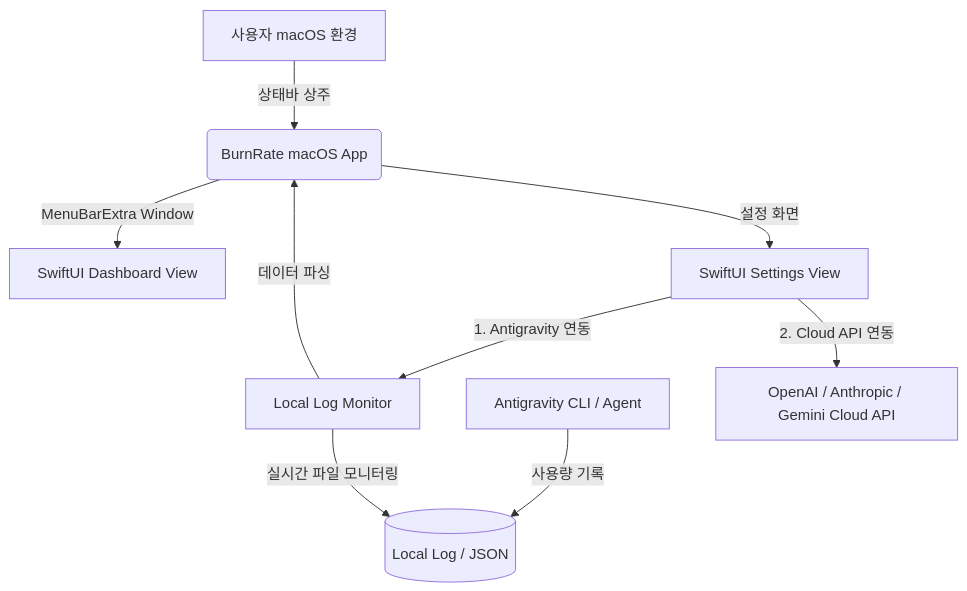
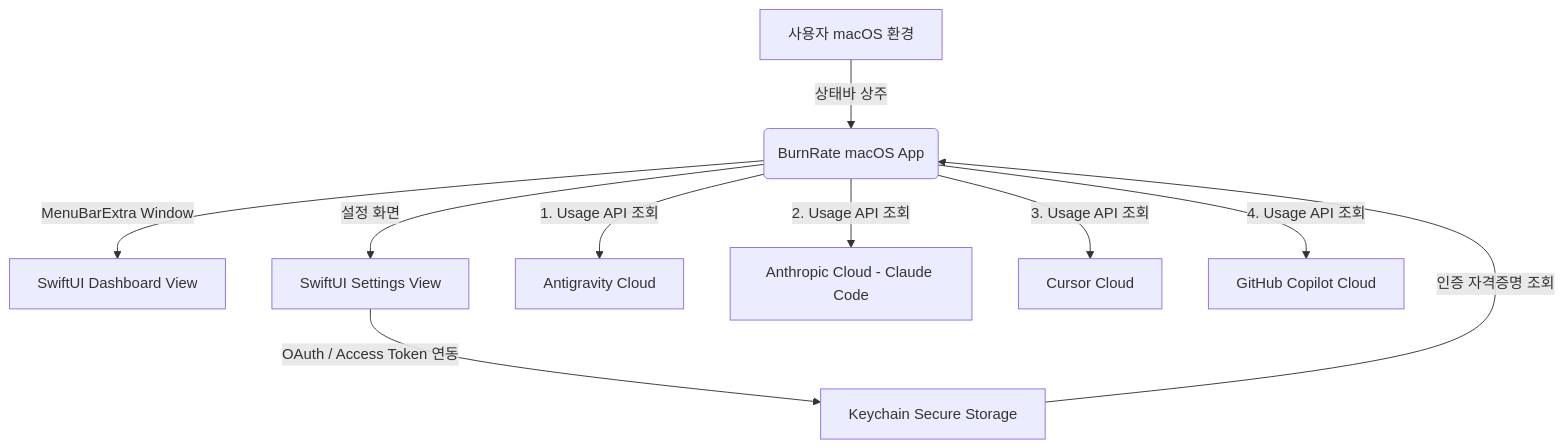
One commit to kwaneung/burnrate changed the diagram in README.md. Above: the diagram before and after it, drawn with Mermaid. The commit also changed other lines of this file, not shown here.

````diff
--- a/README.md
+++ b/README.md
@@ -24,15 +29,16 @@
 ```mermaid
 graph TD
     A[사용자 macOS 환경] -->|상태바 상주| B(BurnRate macOS App)
     B -->|MenuBarExtra Window| C[SwiftUI Dashboard View]
     B -->|설정 화면| D[SwiftUI Settings View]
     
-    %% 연동 대상들
-    D -->|1. Antigravity 연동| E[Local Log Monitor]
-    F[Antigravity CLI / Agent] -->|사용량 기록| G[(Local Log / JSON)]
-    E -->|실시간 파일 모니터링| G
-    E -->|데이터 파싱| B
+    %% 계정 연동 및 API 동기화
+    D -->|OAuth / Access Token 연동| E[Keychain Secure Storage]
+    E -->|인증 자격증명 조회| B
     
-    %% 클라우드 API
-    D -->|2. Cloud API 연동| H[OpenAI / Anthropic / Gemini Cloud API]
+    %% 외부 에이전트 서버들
+    B -->|1. Usage API 조회| F[Antigravity Cloud]
+    B -->|2. Usage API 조회| G[Anthropic Cloud - Claude Code]
+    B -->|3. Usage API 조회| H[Cursor Cloud]
+    B -->|4. Usage API 조회| I[GitHub Copilot Cloud]
 ```
````
